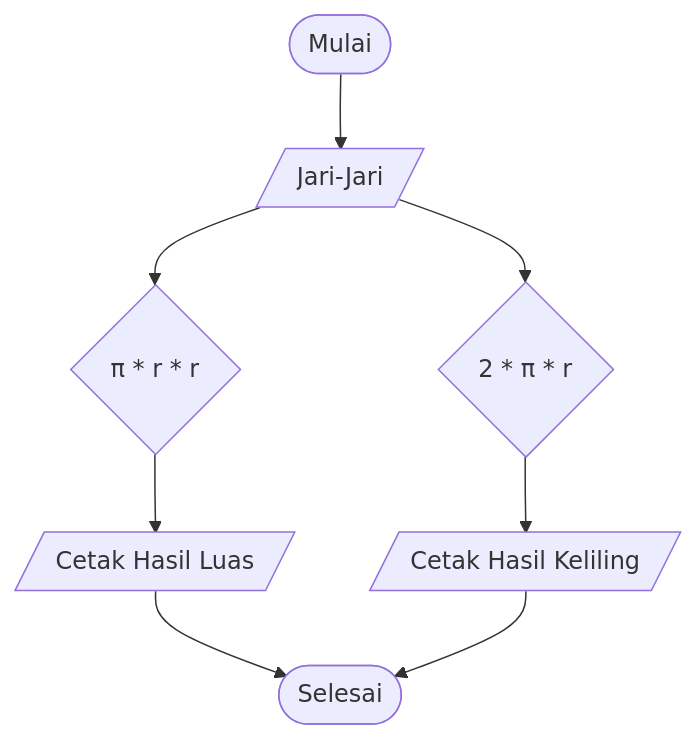
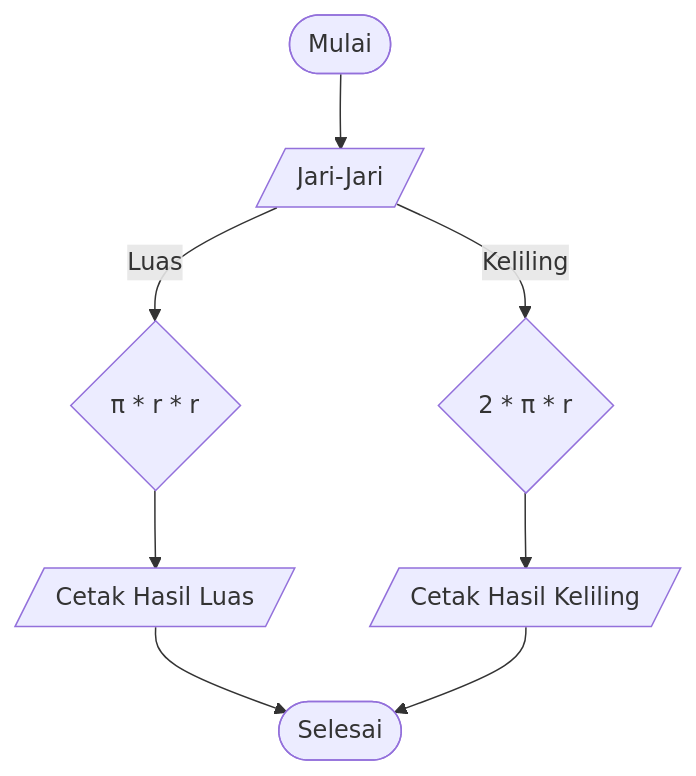
Before and after one commit to whyu07/koda-b10-javascript: the diagram in README.md, drawn with Mermaid.

Commit message:
Add flowchart options for Luas and Keliling

````diff
--- a/README.md
+++ b/README.md
@@ -1,11 +1,12 @@
 ```mermaid
 flowchart TD 
     A([Mulai]) --> B[/Jari-Jari/]
-    B --> Luas{"π * r * r"}
-    B --> Keliling{"2 * π * r"}
+    B --> |Luas| Luas{"π * r * r"}
+
+    B --> |Keliling| Keliling{"2 * π * r"}
 
     Luas --> D[/Cetak Hasil Luas/] --> Z
     Keliling --> E[/Cetak Hasil Keliling/] --> Z
     
     Z([Selesai])
 ```
````
